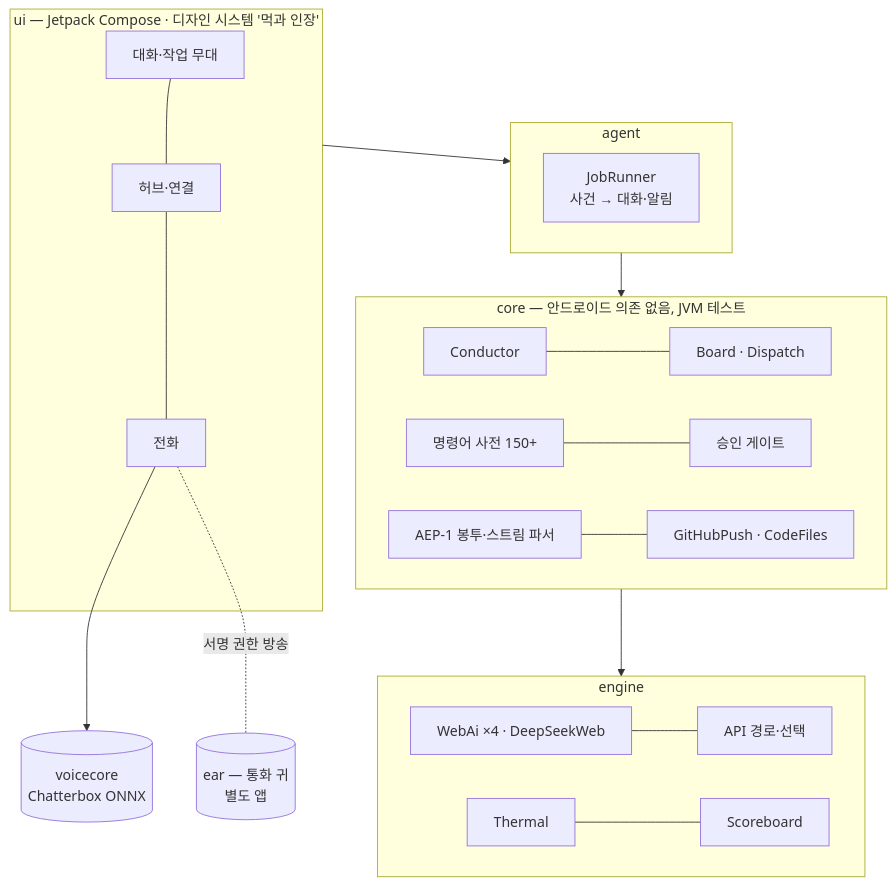
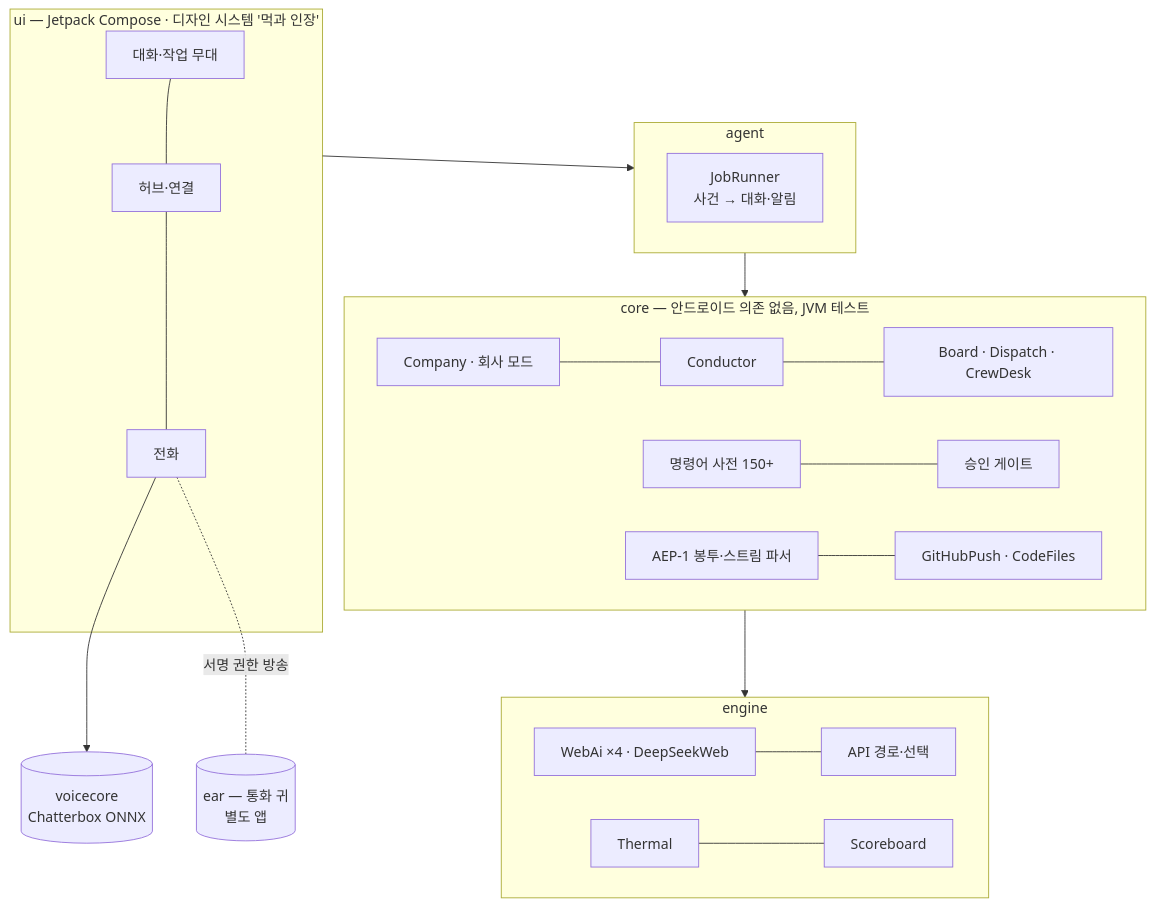
The third of 3 diagrams in README.md (heok0308hth-glitch/HJTK), drawn with Mermaid before and after one commit. The commit also changed other lines of this file and 19 other files, not shown here.

````diff
--- a/README.md
+++ b/README.md
@@ -100,24 +133,24 @@
 ```mermaid
 flowchart TB
     subgraph UI[ui — Jetpack Compose · 디자인 시스템 '먹과 인장']
       Chat[대화·작업 무대] --- Hub[허브·연결] --- Call[전화]
     end
     subgraph Agent[agent]
       JR[JobRunner<br/>사건 → 대화·알림]
     end
     subgraph Core[core — 안드로이드 의존 없음, JVM 테스트]
-      Cond[Conductor] --- Ens[Board · Dispatch]
+      Comp[Company · 회사 모드] --- Cond[Conductor] --- Ens[Board · Dispatch · CrewDesk]
       Cmd[명령어 사전 150+] --- Aegis[승인 게이트]
       AEP[AEP-1 봉투·스트림 파서] --- GH[GitHubPush · CodeFiles]
     end
     subgraph Engine[engine]
       Web[WebAi ×4 · DeepSeekWeb] --- Api[API 경로·선택]
       Th[Thermal] --- Score[Scoreboard]
     end
     VC[(voicecore<br/>Chatterbox ONNX)]
     Ear[(ear — 통화 귀<br/>별도 앱)]
     UI --> Agent --> Core
     Core --> Engine
     Call --> VC
     Call -. 서명 권한 방송 .- Ear
 ```
````
